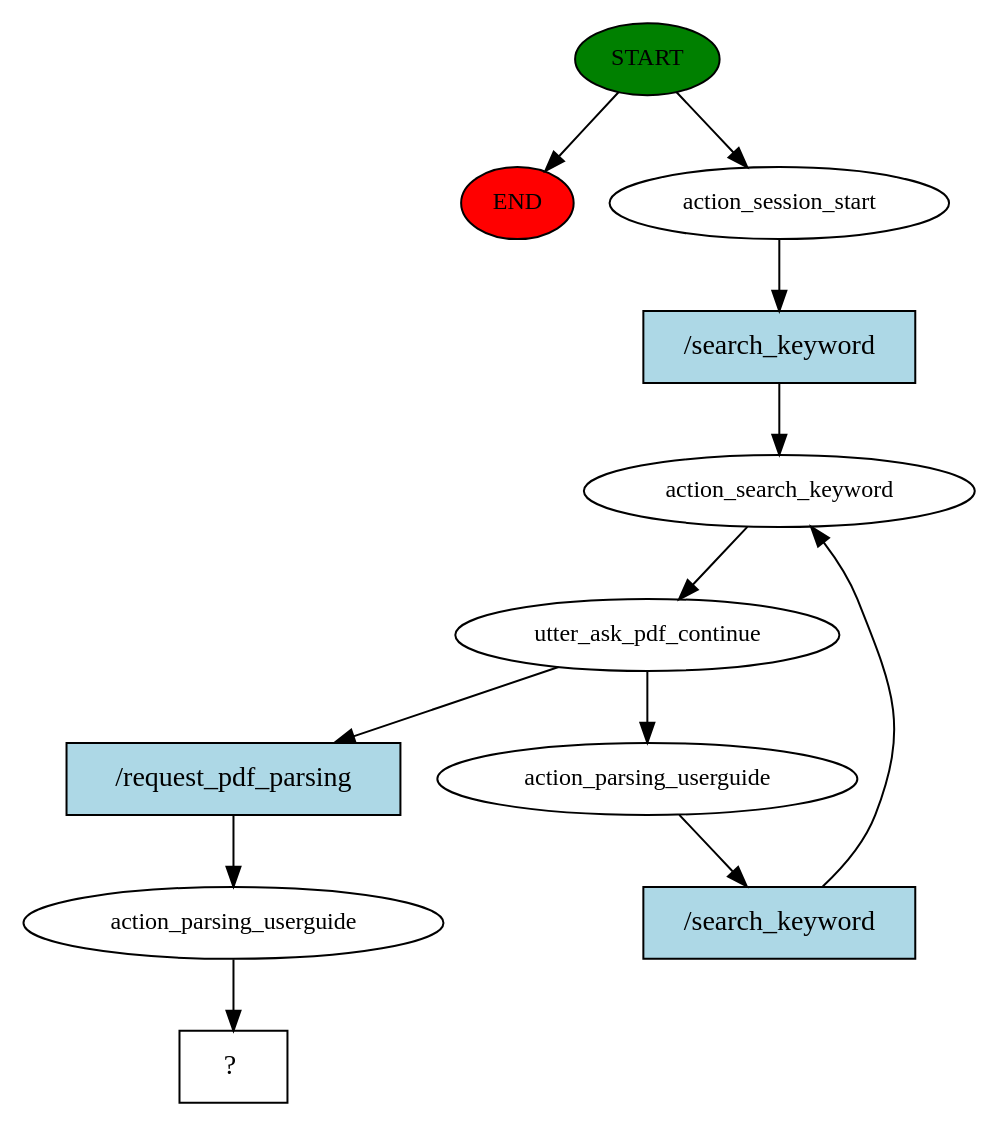
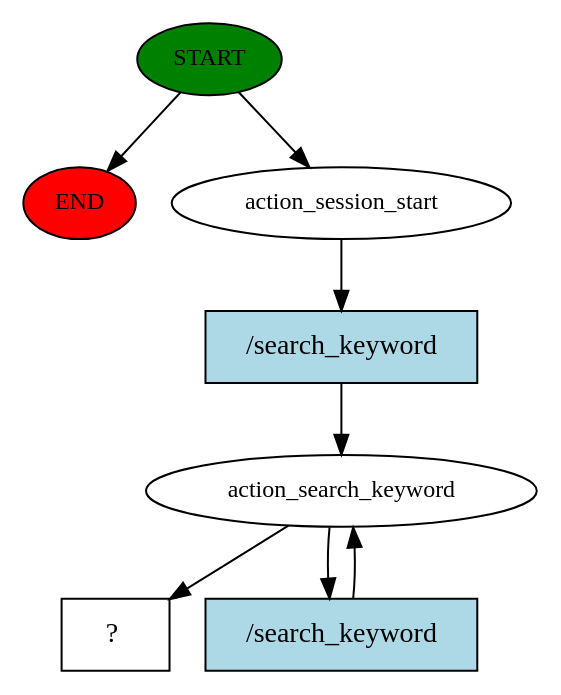
Before and after one commit to sunnytsai3346/rasa-demo: the diagram in mybot/story_graph.dot, drawn with Graphviz. The commit also changed 183 other files, not shown here.

```diff
--- a/mybot/story_graph.dot
+++ b/mybot/story_graph.dot
@@ -1,24 +1,16 @@
 digraph  {
 0 [class="start active", fillcolor=green, fontsize=12, label=START, style=filled];
 "-1" [class=end, fillcolor=red, fontsize=12, label=END, style=filled];
 1 [class=active, fontsize=12, label=action_session_start];
 2 [class=active, fontsize=12, label=action_search_keyword];
-3 [class=active, fontsize=12, label=utter_ask_pdf_continue];
-4 [class=active, fontsize=12, label=action_parsing_userguide];
-7 [class=active, fontsize=12, label=action_parsing_userguide];
-8 [class="intent dashed active", label="  ?  ", shape=rect];
+7 [class="intent dashed active", label="  ?  ", shape=rect];
+8 [class="intent active", fillcolor=lightblue, label="/search_keyword", shape=rect, style=filled];
 9 [class="intent active", fillcolor=lightblue, label="/search_keyword", shape=rect, style=filled];
-10 [class="intent active", fillcolor=lightblue, label="/request_pdf_parsing", shape=rect, style=filled];
-11 [class="intent active", fillcolor=lightblue, label="/search_keyword", shape=rect, style=filled];
 0 -> "-1"  [class="", key=NONE, label=""];
 0 -> 1  [class=active, key=NONE, label=""];
-1 -> 9  [class=active, key=0];
-2 -> 3  [class=active, key=NONE, label=""];
-3 -> 4  [class=active, key=NONE, label=""];
-3 -> 10  [class=active, key=0];
-4 -> 11  [class=active, key=0];
-7 -> 8  [class=active, key=NONE, label=""];
+1 -> 8  [class=active, key=0];
+2 -> 7  [class=active, key=NONE, label=""];
+2 -> 9  [class=active, key=0];
+8 -> 2  [class=active, key=0];
 9 -> 2  [class=active, key=0];
-10 -> 7  [class=active, key=0];
-11 -> 2  [class=active, key=0];
 }
```
